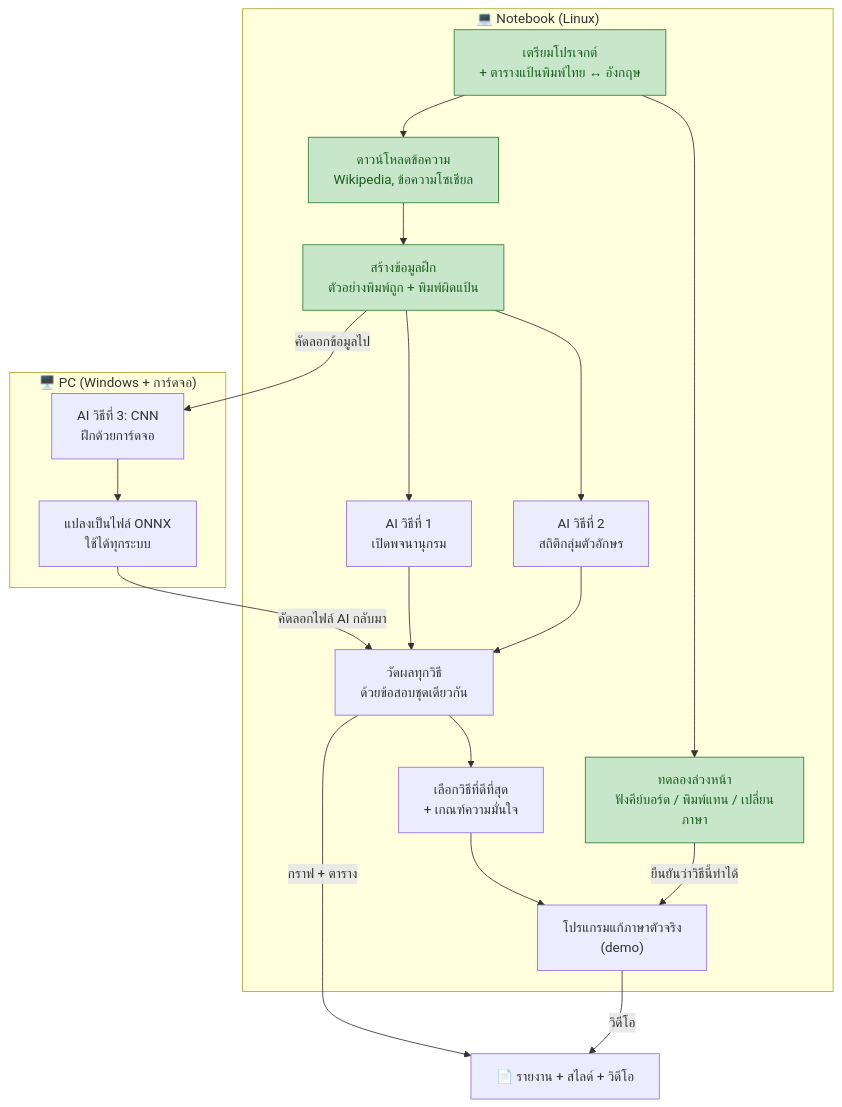
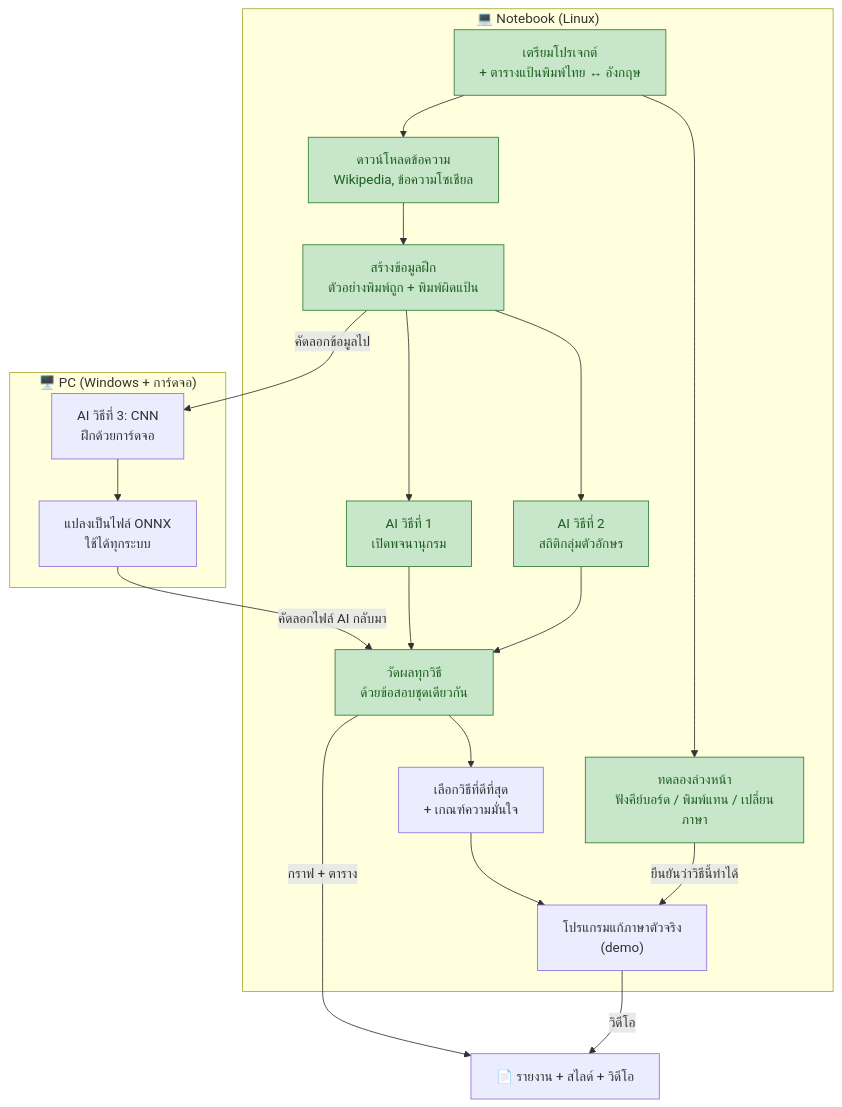
The first of 5 diagrams in docs/FLOW.md (Mhapong/LuemPreanParSar), drawn with Mermaid before and after one commit. The commit also changed other lines of this file and 16 other files, not shown here.

````diff
--- a/docs/FLOW.md
+++ b/docs/FLOW.md
@@ -20,35 +20,35 @@
 ```mermaid
 flowchart TD
     subgraph NB["💻 Notebook (Linux)"]
         A["เตรียมโปรเจกต์<br/>+ ตารางแป้นพิมพ์ไทย ↔ อังกฤษ"]
         B["ดาวน์โหลดข้อความ<br/>Wikipedia, ข้อความโซเชียล"]
         S["ทดลองล่วงหน้า<br/>ฟังคีย์บอร์ด / พิมพ์แทน / เปลี่ยนภาษา"]
         C["สร้างข้อมูลฝึก<br/>ตัวอย่างพิมพ์ถูก + พิมพ์ผิดแป้น"]
         D1["AI วิธีที่ 1<br/>เปิดพจนานุกรม"]
         D2["AI วิธีที่ 2<br/>สถิติกลุ่มตัวอักษร"]
         G["วัดผลทุกวิธี<br/>ด้วยข้อสอบชุดเดียวกัน"]
         H["เลือกวิธีที่ดีที่สุด<br/>+ เกณฑ์ความมั่นใจ"]
         I["โปรแกรมแก้ภาษาตัวจริง<br/>(demo)"]
     end
 
     subgraph PC["🖥️ PC (Windows + การ์ดจอ)"]
         E["AI วิธีที่ 3: CNN<br/>ฝึกด้วยการ์ดจอ"]
         F["แปลงเป็นไฟล์ ONNX<br/>ใช้ได้ทุกระบบ"]
     end
 
     R["📄 รายงาน + สไลด์ + วิดีโอ"]
 
     A --> B --> C
     A --> S
     C --> D1 & D2
     C -- "คัดลอกข้อมูลไป" --> E --> F
     F -- "คัดลอกไฟล์ AI กลับมา" --> G
     D1 & D2 --> G
     G --> H --> I
     S -- "ยืนยันว่าวิธีนี้ทำได้" --> I
     G -- "กราฟ + ตาราง" --> R
     I -- "วิดีโอ" --> R
 
     classDef done fill:#c8e6c9,stroke:#2e7d32,color:#1b5e20
-    class A,B,S,C done
+    class A,B,S,C,D1,D2,G done
 ```
````
